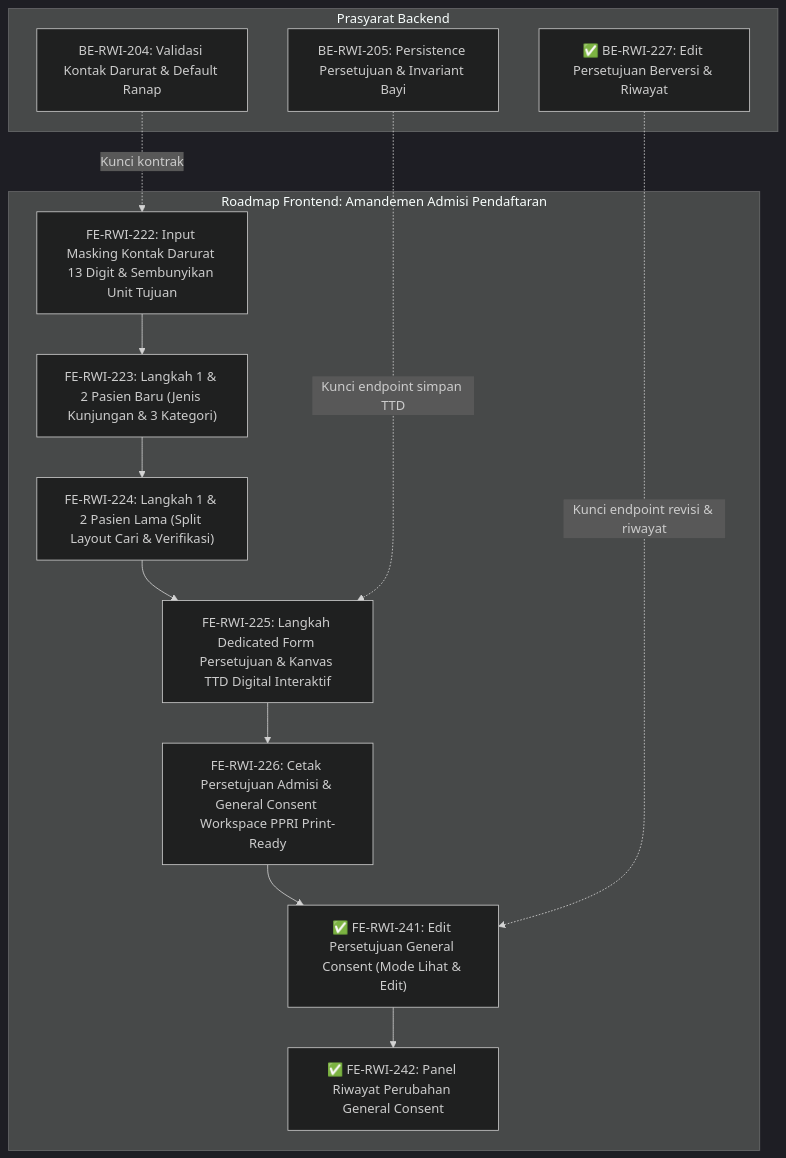
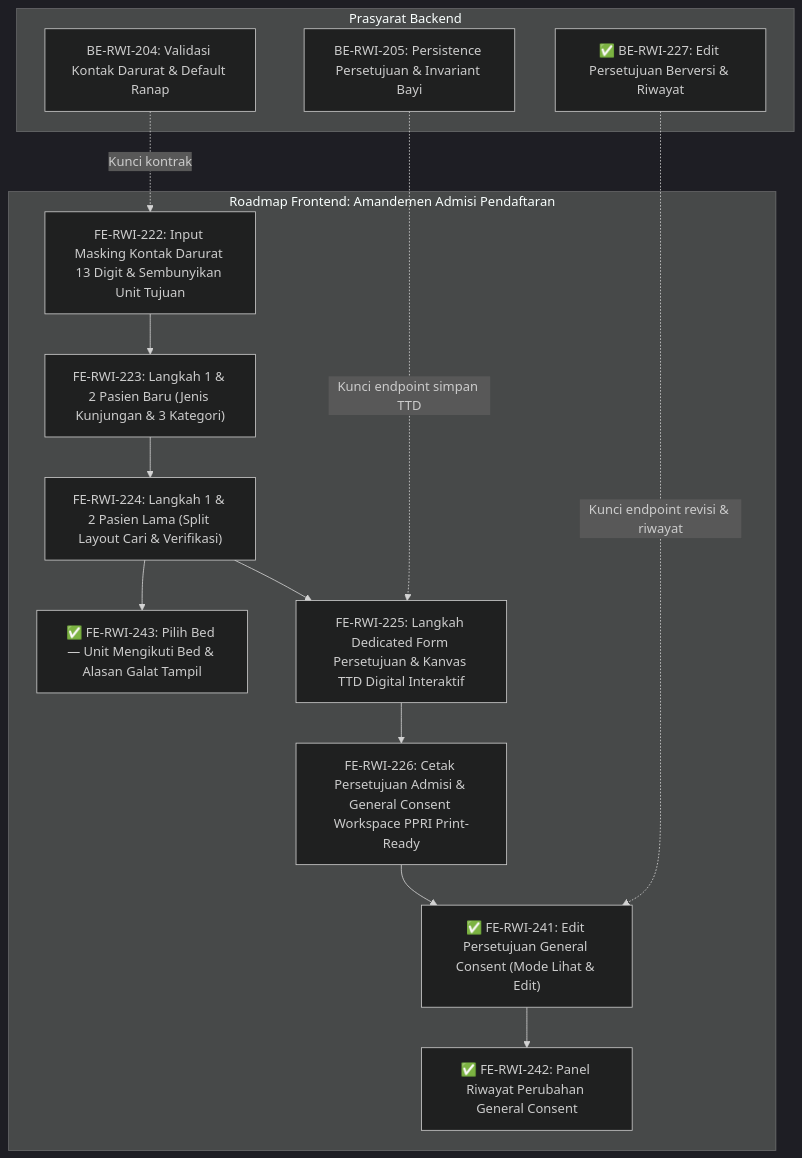
The diagram in docs/module-blueprints/rawat-inap/episode-rawat-inap/roadmap/frontend-roadmap-admisi-pendaftaran.md (DevBenari/NewQuilvianSystemBackend), drawn with Mermaid (dark theme) before and after one commit. The commit also changed other lines of this file and 20 other files, not shown here.

````diff
--- a/docs/module-blueprints/rawat-inap/episode-rawat-inap/roadmap/frontend-roadmap-admisi-pendaftaran.md
+++ b/docs/module-blueprints/rawat-inap/episode-rawat-inap/roadmap/frontend-roadmap-admisi-pendaftaran.md
@@ -32,29 +32,31 @@
 ```mermaid
 flowchart TD
     subgraph backendPrereq[Prasyarat Backend]
         BE204["BE-RWI-204: Validasi Kontak Darurat & Default Ranap"]
         BE205["BE-RWI-205: Persistence Persetujuan & Invariant Bayi"]
         BE227["✅ BE-RWI-227: Edit Persetujuan Berversi & Riwayat"]
     end
 
     subgraph frontend[Roadmap Frontend: Amandemen Admisi Pendaftaran]
         FE222["FE-RWI-222: Input Masking Kontak Darurat 13 Digit & Sembunyikan Unit Tujuan"]
         FE223["FE-RWI-223: Langkah 1 & 2 Pasien Baru (Jenis Kunjungan & 3 Kategori)"]
         FE224["FE-RWI-224: Langkah 1 & 2 Pasien Lama (Split Layout Cari & Verifikasi)"]
         FE225["FE-RWI-225: Langkah Dedicated Form Persetujuan & Kanvas TTD Digital Interaktif"]
         FE226["FE-RWI-226: Cetak Persetujuan Admisi & General Consent Workspace PPRI Print-Ready"]
         FE241["✅ FE-RWI-241: Edit Persetujuan General Consent (Mode Lihat & Edit)"]
         FE242["✅ FE-RWI-242: Panel Riwayat Perubahan General Consent"]
+        FE243["✅ FE-RWI-243: Pilih Bed — Unit Mengikuti Bed & Alasan Galat Tampil"]
 
         FE222 --> FE223
         FE223 --> FE224
         FE224 --> FE225
         FE225 --> FE226
         FE226 --> FE241
         FE241 --> FE242
+        FE224 --> FE243
     end
 
     BE204 -.->|Kunci kontrak| FE222
     BE205 -.->|Kunci endpoint simpan TTD| FE225
     BE227 -.->|Kunci endpoint revisi & riwayat| FE241
 ```
````
